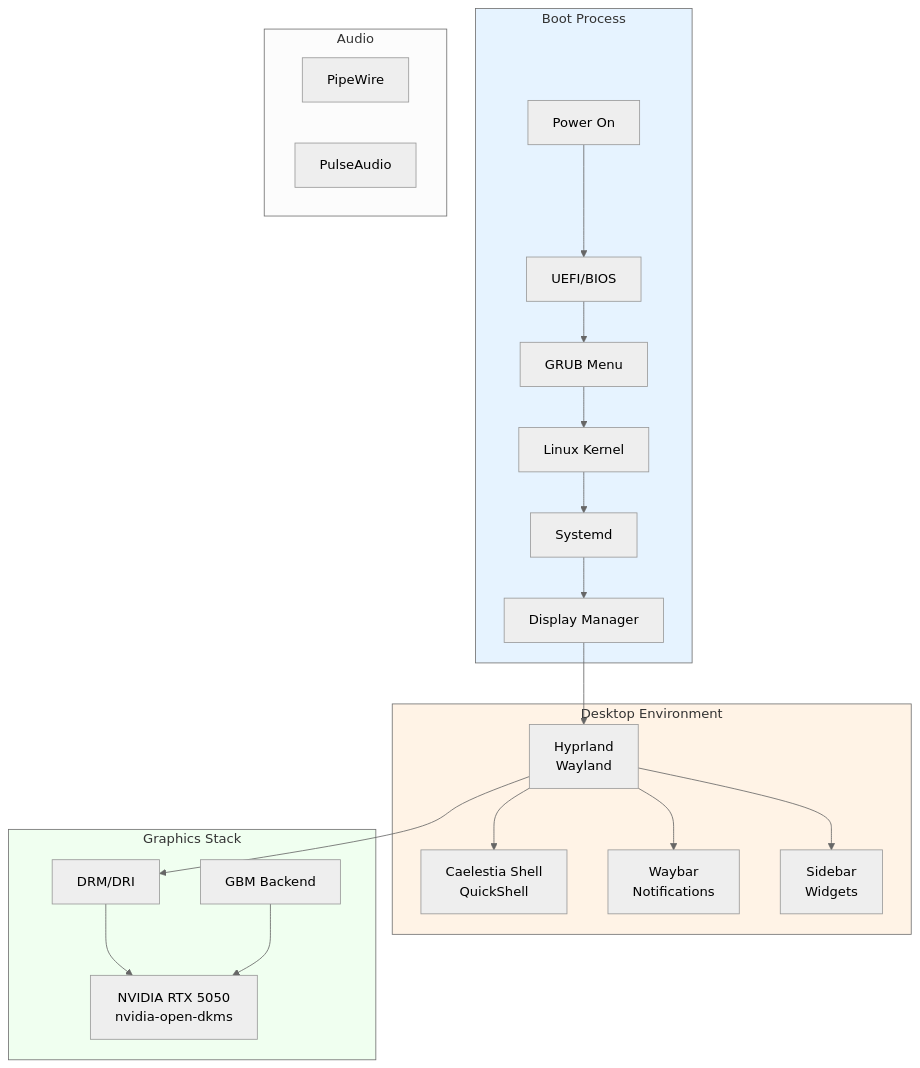
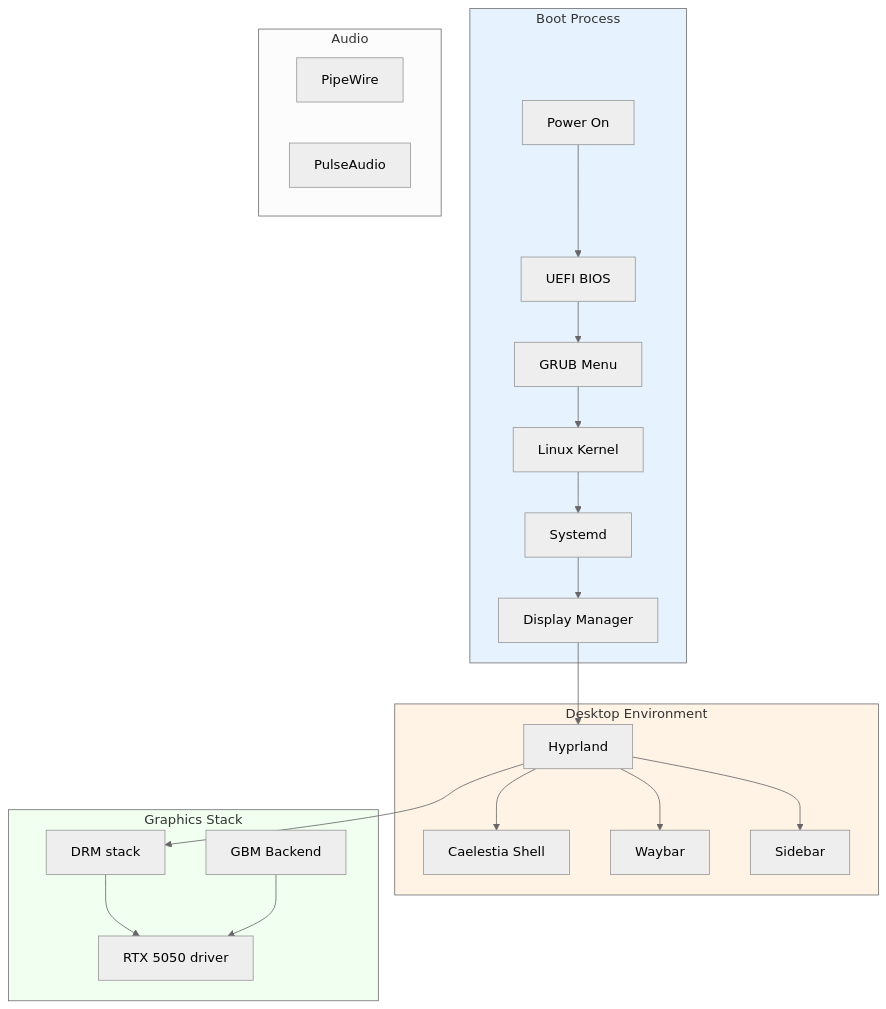
The first of 5 diagrams in System/System-Architecture.md (444Nazky/My-Vault), drawn with Mermaid (neutral theme) before and after one commit. The commit also changed other lines of this file and 8 other files, not shown here.

````diff
--- a/System/System-Architecture.md
+++ b/System/System-Architecture.md
@@ -9,46 +9,46 @@
 ```mermaid
 graph TB
     subgraph Boot["Boot Process"]
         B1[Power On]
-        B2[UEFI/BIOS]
+        B2[UEFI BIOS]
         B3[GRUB Menu]
         B4[Linux Kernel]
         B5[Systemd]
         B6[Display Manager]
     end
 
     subgraph Desktop["Desktop Environment"]
-        H[Hyprland<br/>Wayland]
-        C[Caelestia Shell<br/>QuickShell]
-        W[Waybar<br/>Notifications]
-        S[Sidebar<br/>Widgets]
+        H[Hyprland]
+        C[Caelestia Shell]
+        W[Waybar]
+        S[Sidebar]
     end
 
     subgraph Graphics["Graphics Stack"]
-        GPU[NVIDIA RTX 5050<br/>nvidia-open-dkms]
-        DRI[DRM/DRI]
+        GPU["RTX 5050 driver"]
+        DRI[DRM stack]
         GBM[GBM Backend]
     end
 
     subgraph Audio["Audio"]
         PW[PipeWire]
         PA[PulseAudio]
     end
 
     B1 --> B2
     B2 --> B3
     B3 --> B4
     B4 --> B5
     B5 --> B6
     B6 --> H
     H --> C
     H --> W
     H --> S
     H --> DRI
     DRI --> GPU
     GBM --> GPU
 
     style Boot fill:#e6f3ff
     style Desktop fill:#fff3e6
     style Graphics fill:#f0fff0
 ```
````
